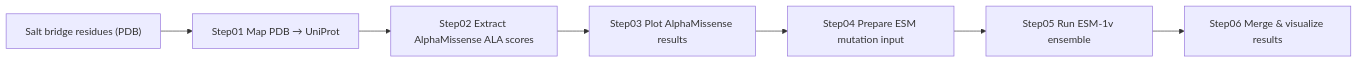
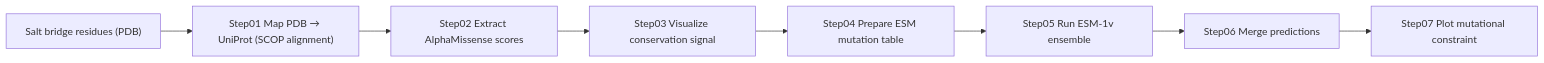
Before and after one commit to Zhijian-Xu/Conserved-Salt-Bridges: the diagram in llm_prediction/README.md, drawn with Mermaid. The commit also changed other lines of this file, not shown here.

````diff
--- a/llm_prediction/README.md
+++ b/llm_prediction/README.md
@@ -15,10 +28,11 @@
 ```mermaid
 flowchart LR
   A["Salt bridge residues (PDB)"]
-  --> B["Step01 Map PDB → UniProt"]
-  --> C["Step02 Extract AlphaMissense ALA scores"]
-  --> D["Step03 Plot AlphaMissense results"]
-  --> E["Step04 Prepare ESM mutation input"]
+  --> B["Step01 Map PDB → UniProt (SCOP alignment)"]
+  --> C["Step02 Extract AlphaMissense scores"]
+  --> D["Step03 Visualize conservation signal"]
+  --> E["Step04 Prepare ESM mutation table"]
   --> F["Step05 Run ESM-1v ensemble"]
-  --> G["Step06 Merge & visualize results"]
+  --> G["Step06 Merge predictions"]
+  --> H["Step07 Plot mutational constraint"]
 ```
````
